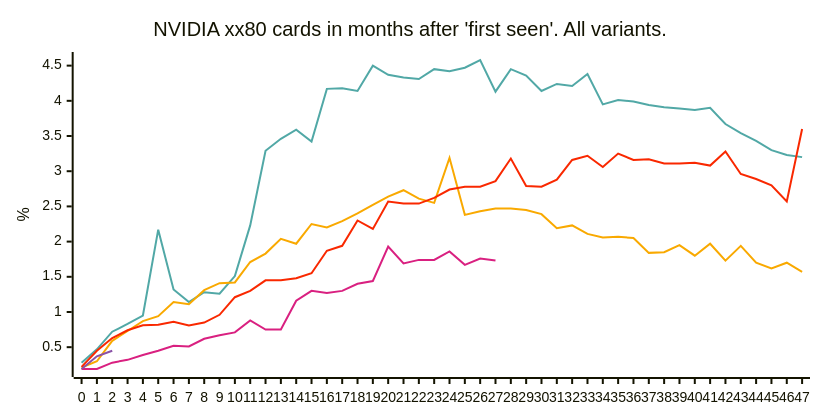
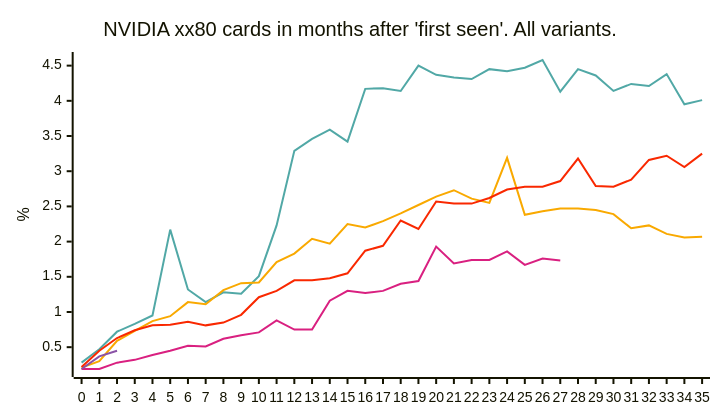
The second of 4 diagrams in README.md (jdegene/birch-mapping), drawn with Mermaid before and after one commit. The commit also changed other lines of this file, not shown here.

````diff
--- a/README.md
+++ b/README.md
@@ -40,24 +40,24 @@
 ```mermaid
 ---
 config:
     xyChart:
-        width: 800
+        width: 700
         height: 400
         
     themeVariables:
         xyChart:
             plotColorPalette: "#51a8a6,#f9a900,#f92800,#d92080,#8a52a6"
 
 --- 
 
 
 xychart-beta
     title "NVIDIA xx80 cards in months after 'first seen'. All variants."
-    x-axis[0, 1, 2, 3, 4, 5, 6, 7, 8, 9, 10, 11, 12, 13, 14, 15, 16, 17, 18, 19, 20, 21, 22, 23, 24, 25, 26, 27, 28, 29, 30, 31, 32, 33, 34, 35, 36, 37, 38, 39, 40, 41, 42, 43, 44, 45, 46, 47]
+    x-axis[0, 1, 2, 3, 4, 5, 6, 7, 8, 9, 10, 11, 12, 13, 14, 15, 16, 17, 18, 19, 20, 21, 22, 23, 24, 25, 26, 27, 28, 29, 30, 31, 32, 33, 34, 35]
     y-axis "%" 
-    line [0.27999999999999997, 0.47000000000000003, 0.72, 0.83, 0.95, 2.17, 1.32, 1.1400000000000001, 1.2799999999999998, 1.26, 1.5099999999999998, 2.23, 3.29, 3.46, 3.5900000000000003, 3.42, 4.17, 4.180000000000001, 4.14, 4.5, 4.37, 4.33, 4.31, 4.45, 4.42, 4.470000000000001, 4.58, 4.130000000000001, 4.45, 4.36, 4.14, 4.24, 4.21, 4.38, 3.95, 4.01, 3.9899999999999998, 3.94, 3.91, 3.8899999999999997, 3.8699999999999997, 3.9, 3.6699999999999995, 3.54, 3.4300000000000006, 3.3000000000000003, 3.2299999999999995, 3.2]
-    line [0.21, 0.3, 0.59, 0.7299999999999999, 0.8699999999999999, 0.9400000000000001, 1.1400000000000001, 1.1099999999999999, 1.31, 1.41, 1.4200000000000002, 1.71, 1.83, 2.04, 1.97, 2.25, 2.1999999999999997, 2.29, 2.4, 2.52, 2.64, 2.73, 2.6100000000000003, 2.5500000000000003, 3.19, 2.3800000000000003, 2.43, 2.4699999999999998, 2.4699999999999998, 2.45, 2.3899999999999997, 2.19, 2.23, 2.11, 2.06, 2.07, 2.0500000000000003, 1.8399999999999999, 1.8499999999999999, 1.95, 1.7999999999999998, 1.97, 1.73, 1.94, 1.7000000000000002, 1.6199999999999999, 1.7000000000000002, 1.5699999999999998]
-    line [0.22, 0.44999999999999996, 0.63, 0.74, 0.8099999999999999, 0.8200000000000001, 0.86, 0.8099999999999999, 0.8500000000000001, 0.96, 1.21, 1.3, 1.4500000000000002, 1.45, 1.48, 1.55, 1.87, 1.94, 2.3, 2.18, 2.5700000000000003, 2.54, 2.54, 2.62, 2.74, 2.78, 2.78, 2.86, 3.18, 2.79, 2.78, 2.88, 3.16, 3.2199999999999998, 3.06, 3.25, 3.16, 3.17, 3.1100000000000003, 3.11, 3.12, 3.08, 3.2800000000000002, 2.96, 2.89, 2.8000000000000003, 2.5700000000000003, 3.6000000000000005]
+    line [0.27999999999999997, 0.47000000000000003, 0.72, 0.83, 0.95, 2.17, 1.32, 1.1400000000000001, 1.2799999999999998, 1.26, 1.5099999999999998, 2.23, 3.29, 3.46, 3.5900000000000003, 3.42, 4.17, 4.180000000000001, 4.14, 4.5, 4.37, 4.33, 4.31, 4.45, 4.42, 4.470000000000001, 4.58, 4.130000000000001, 4.45, 4.36, 4.14, 4.24, 4.21, 4.38, 3.95, 4.01]
+    line [0.21, 0.3, 0.59, 0.7299999999999999, 0.8699999999999999, 0.9400000000000001, 1.1400000000000001, 1.1099999999999999, 1.31, 1.41, 1.4200000000000002, 1.71, 1.83, 2.04, 1.97, 2.25, 2.1999999999999997, 2.29, 2.4, 2.52, 2.64, 2.73, 2.6100000000000003, 2.5500000000000003, 3.19, 2.3800000000000003, 2.43, 2.4699999999999998, 2.4699999999999998, 2.45, 2.3899999999999997, 2.19, 2.23, 2.11, 2.06, 2.07]
+    line [0.22, 0.44999999999999996, 0.63, 0.74, 0.8099999999999999, 0.8200000000000001, 0.86, 0.8099999999999999, 0.8500000000000001, 0.96, 1.21, 1.3, 1.4500000000000002, 1.45, 1.48, 1.55, 1.87, 1.94, 2.3, 2.18, 2.5700000000000003, 2.54, 2.54, 2.62, 2.74, 2.78, 2.78, 2.86, 3.18, 2.79, 2.78, 2.88, 3.16, 3.2199999999999998, 3.06, 3.25]
     line [0.19, 0.19, 0.27999999999999997, 0.32, 0.38999999999999996, 0.44999999999999996, 0.52, 0.51, 0.62, 0.67, 0.7100000000000001, 0.88, 0.75, 0.75, 1.16, 1.3, 1.27, 1.3, 1.4000000000000001, 1.44, 1.9299999999999997, 1.69, 1.7399999999999998, 1.7399999999999998, 1.8599999999999999, 1.67, 1.7599999999999998, 1.73]
     line [0.19, 0.37, 0.44999999999999996]
 ``` 
````
